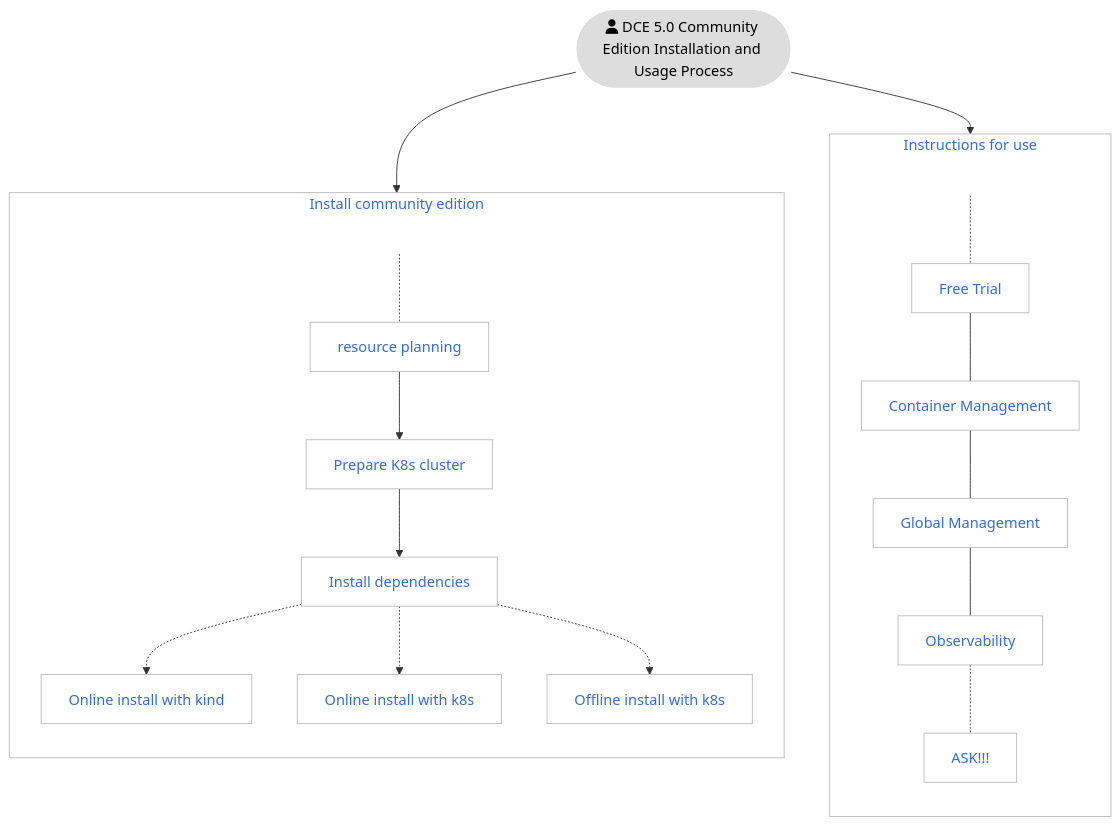
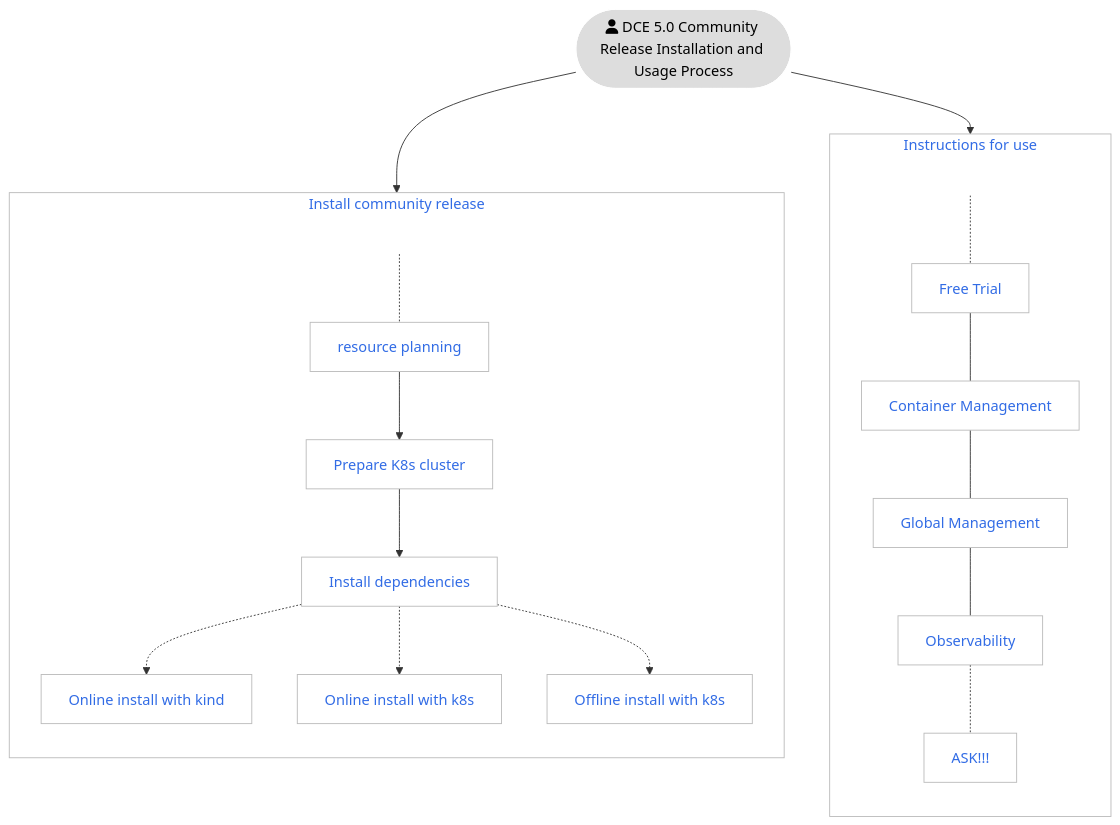
One commit to DaoCloud/DaoCloud-docs changed the first of 2 diagrams in docs/en/docs/install/intro.md. Above: the diagram before and after it, drawn with Mermaid. The commit also changed other lines of this file and 31 other files, not shown here.

````diff
--- a/docs/en/docs/install/intro.md
+++ b/docs/en/docs/install/intro.md
@@ -19,49 +19,49 @@
 ```mermaid
 flowchart TB
 
 subgraph second[Instructions for use]
     direction TB
     U[ ] -.-
     free[Free Trial] --- kpanda[Container Management]
     kpanda --- ghippo[Global Management]
     ghippo --- insight[Observability]
     insight -.- ask[ASK!!!]
 end
 
-subgraph first[Install community edition]
+subgraph first[Install community release]
     direction TB
     S[ ] -.-
     plan[resource planning] --> k8s[Prepare K8s cluster]
     k8s --> tools[Install dependencies]
     tools -.-> kind[Online install with kind]
     tools -.-> s1[Online install with k8s]
     tools -.-> s2[Offline install with k8s]
 end
 
-start([fa:fa-user DCE 5.0 Community Edition Installation and Usage Process]) --> first
+start([fa:fa-user DCE 5.0 Community Release Installation and Usage Process]) --> first
 start --> second
 
 classDef grey fill:#dddddd,stroke:#ffffff,stroke-width:px,color:#000000, font-size:15px;
 classDef white fill:#ffffff,stroke:#000,stroke-width:px,color:#000,font-weight:bold
 classDef spacewhite fill:#ffffff,stroke:#fff,stroke-width:0px,color:#000
 classDef plain fill:#ddd,stroke:#fff,stroke-width:1px,color:#000;
 classDef k8s fill:#326ce5,stroke:#fff,stroke-width:1px,color:#fff;
 classDef cluster fill:#fff,stroke:#bbb,stroke-width:1px,color:#326ce5;
 
 class plan,k8s,tools,kind,s1,s2,kpanda,ghippo,insight,free,ask cluster;
 class start plain
 class S,U spacewhite
 
 click plan "https://docs.daocloud.io/en/install/community/resources/"
 click k8s "https://docs.daocloud.io/en/install/community/kind/online/#kind"
 click tools "https://docs.daocloud.io/en/install/install-tools/"
 click kind "https://docs.daocloud.io/en/install/community/kind/online/"
 click s1 "https://docs.daocloud.io/en/install/community/k8s/online/"
 click s2 "https://docs.daocloud.io/en/install/community/k8s/offline/"
 
 click kpanda "https://docs.daocloud.io/en/kpanda/03ProductBrief/WhatisKPanda/"
 click ghippo "https://docs.daocloud.io/en/ghippo/01ProductBrief/WhatisGhippo/"
 click insight "https://docs.daocloud.io/en/insight/03ProductBrief/WhatisInsight/"
 click free "https://docs.daocloud.io/en/dce/license0/"
 click ask "https://docs.daocloud.io/en/install/intro/#_4"
 ```
````
